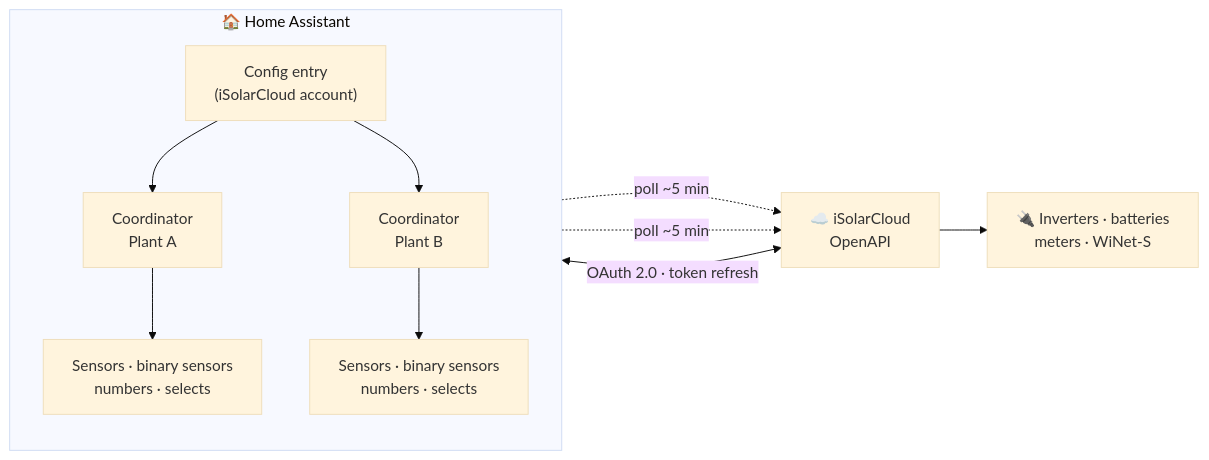
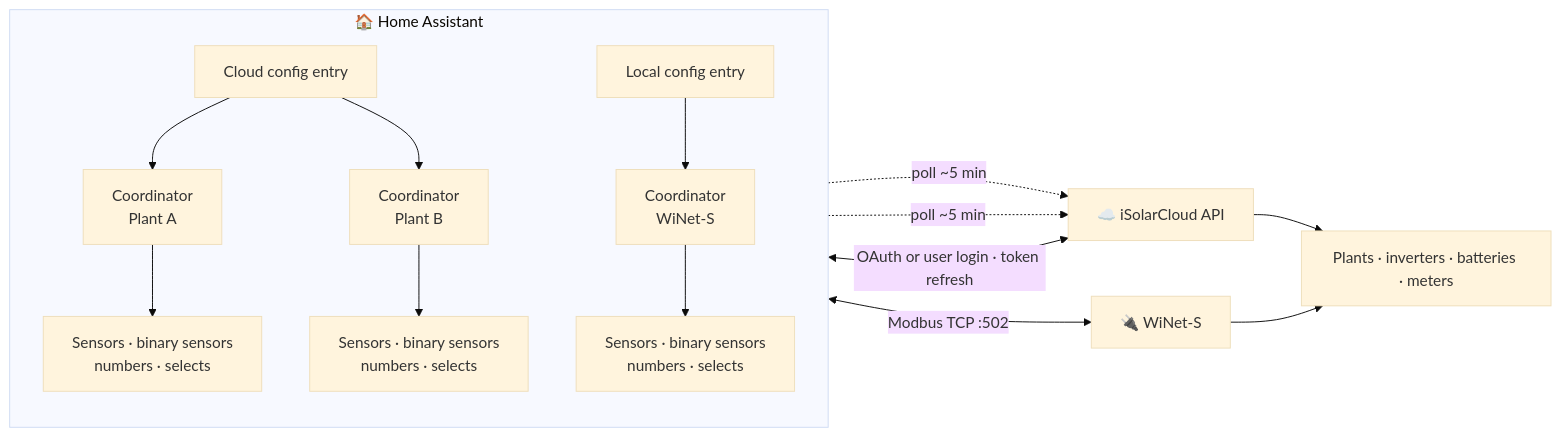
The diagram in docs/index.md (KRoperUK/sungrow-hass), drawn with Mermaid (base theme) before and after one commit. The commit also changed other lines of this file and 4 other files, not shown here.

````diff
--- a/docs/index.md
+++ b/docs/index.md
@@ -65,15 +75,19 @@
 ```mermaid
 flowchart LR
     subgraph HA["🏠 Home Assistant"]
         direction TB
-        E["Config entry<br/>(iSolarCloud account)"]
+        E["Cloud config entry"]
         E --> C1["Coordinator<br/>Plant A"]
         E --> C2["Coordinator<br/>Plant B"]
         C1 --> S1["Sensors · binary sensors<br/>numbers · selects"]
         C2 --> S2["Sensors · binary sensors<br/>numbers · selects"]
+        L["Local config entry"] --> LC["Coordinator<br/>WiNet-S"]
+        LC --> LS["Sensors · binary sensors<br/>numbers · selects"]
     end
-    HA <-->|"OAuth 2.0 · token refresh"| API["☁️ iSolarCloud<br/>OpenAPI"]
+    HA <-->|"OAuth or user login · token refresh"| API["☁️ iSolarCloud API"]
     C1 -.->|"poll ~5 min"| API
     C2 -.->|"poll ~5 min"| API
-    API --> INV["🔌 Inverters · batteries<br/>meters · WiNet-S"]
+    LC <-->|"Modbus TCP :502"| WN["🔌 WiNet-S"]
+    API --> INV["Plants · inverters · batteries · meters"]
+    WN --> INV
 ```
````
